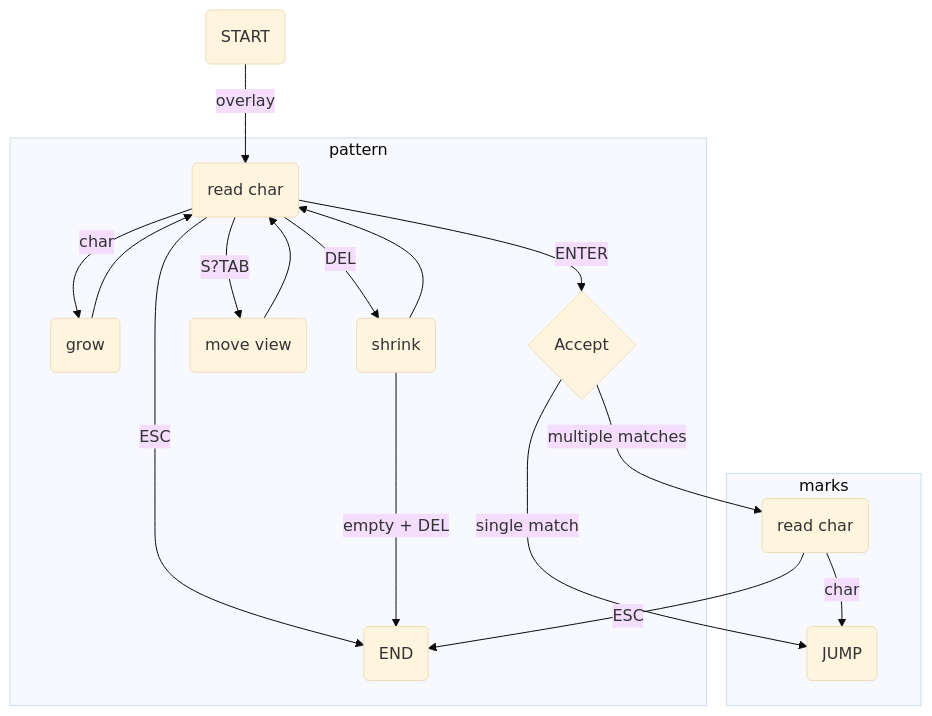
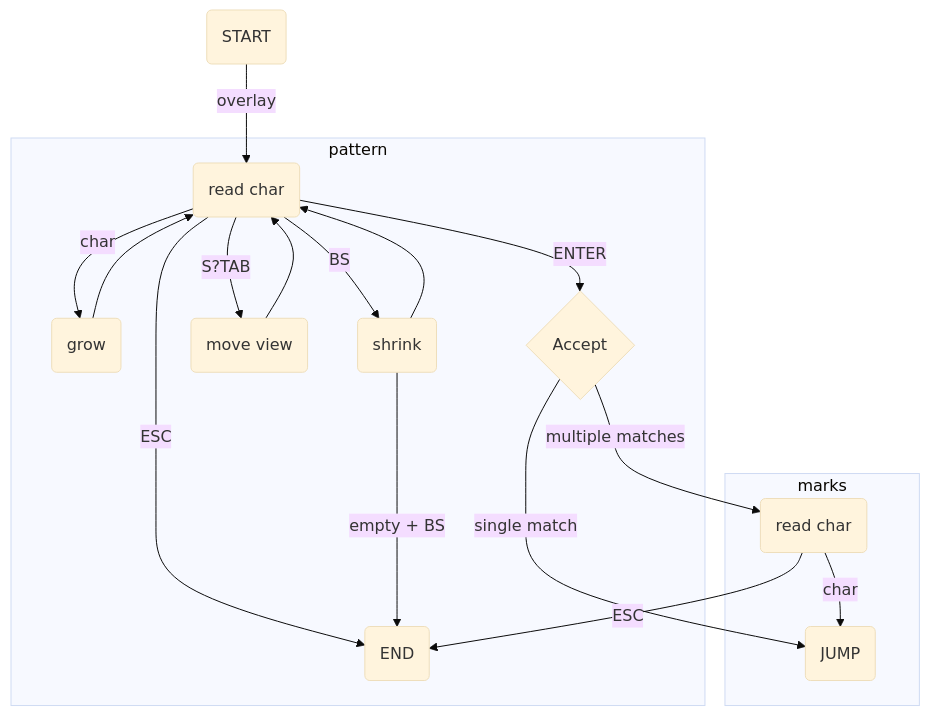
One commit to lfrati/onesearch.nvim changed the diagram in README.md. Above: the diagram before and after it, drawn with Mermaid (base theme).

````diff
--- a/README.md
+++ b/README.md
@@ -101,18 +101,18 @@
 ```mermaid
 graph TD
     A(START) -->|overlay| B(read char)
     B -->|ESC| C(END)
     subgraph pattern
         B --> |char| E(grow) --> B
-        B --> |DEL| F(shrink) --> B 
-        F --> |empty + DEL| C
+        B --> |BS| F(shrink) --> B 
+        F --> |empty + BS| C
         B -->|S?TAB| G(move view) --> B
         B -->|ENTER| D{Accept}
     end
     subgraph marks
         D --> |single match|J
         D --> |multiple matches|H(read char)
         H --> |char|J(JUMP)
     end
     H --> |ESC|C
 ```
````
